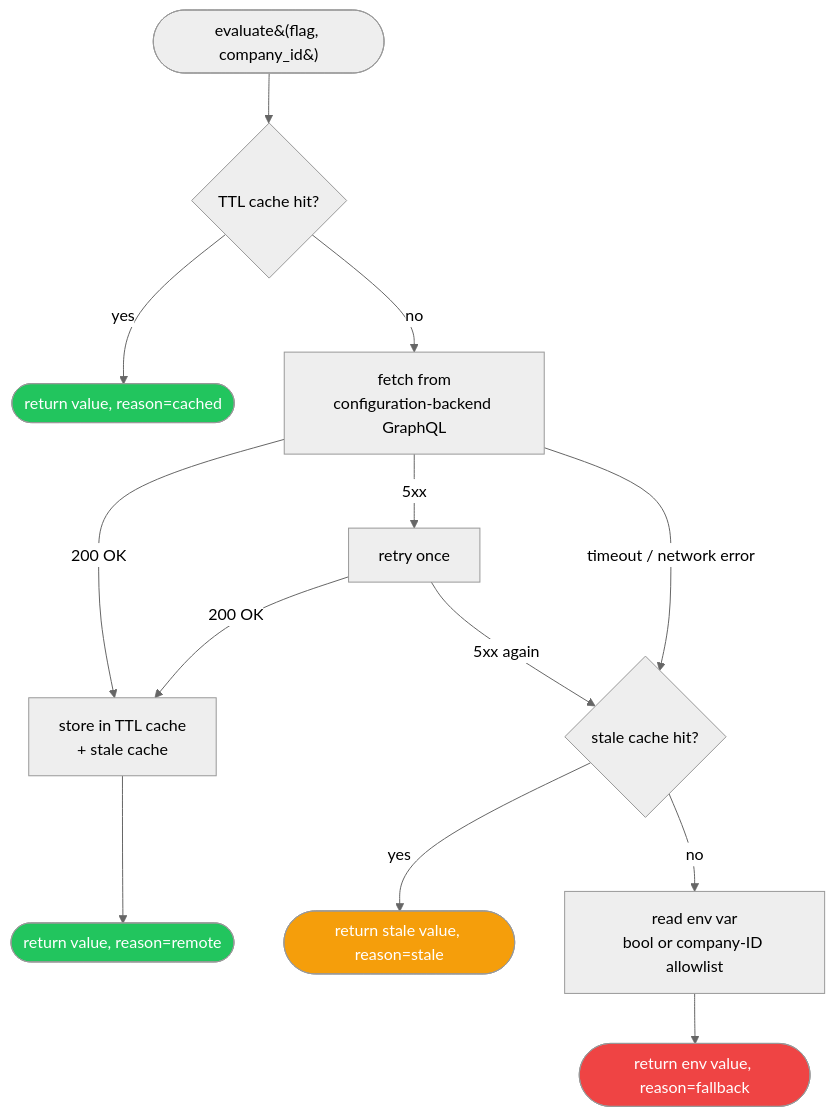
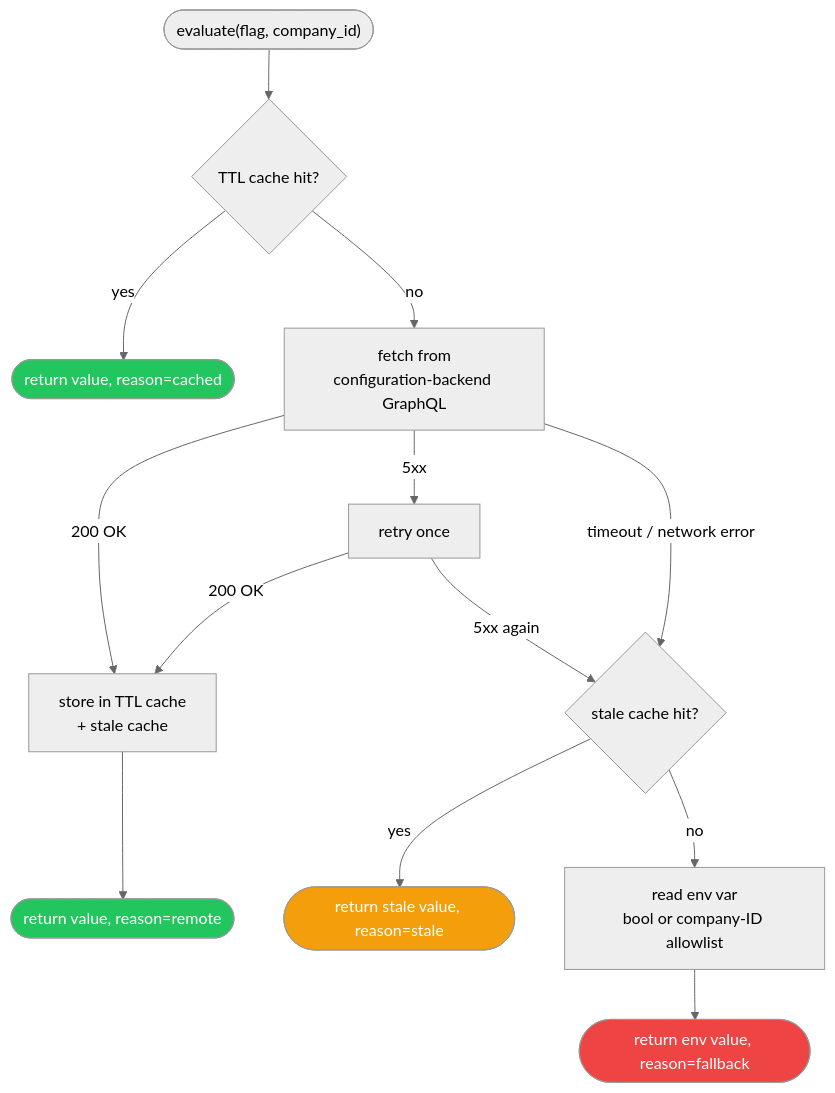
The diagram in unique_toolkit/unique_toolkit/experimental/components/feature_flags/README.md (Unique-AG/ai), drawn with Mermaid (neutral theme) before and after one commit.

Commit message:
docs(feature_flags): fix Mermaid node label with parentheses

````diff
--- a/unique_toolkit/unique_toolkit/experimental/components/feature_flags/README.md
+++ b/unique_toolkit/unique_toolkit/experimental/components/feature_flags/README.md
@@ -129,25 +129,25 @@
 ```mermaid
 flowchart TD
-    A([evaluate&#40;flag, company_id&#41;]) --> B{TTL cache hit?}
+    A(["evaluate(flag, company_id)"]) --> B{TTL cache hit?}
 
     B -- yes --> C([return value, reason=cached])
 
     B -- no --> D[fetch from\nconfiguration-backend GraphQL]
     D -- 200 OK --> E[store in TTL cache\n+ stale cache]
     E --> F([return value, reason=remote])
 
     D -- 5xx --> G[retry once]
     G -- 200 OK --> E
     G -- 5xx again --> H{stale cache hit?}
 
     D -- timeout / network error --> H
 
     H -- yes --> I([return stale value, reason=stale])
     H -- no --> J[read env var\nbool or company-ID allowlist]
     J --> K([return env value, reason=fallback])
 
     style C fill:#22c55e,color:#fff
     style F fill:#22c55e,color:#fff
     style I fill:#f59e0b,color:#fff
     style K fill:#ef4444,color:#fff
 ```
````
